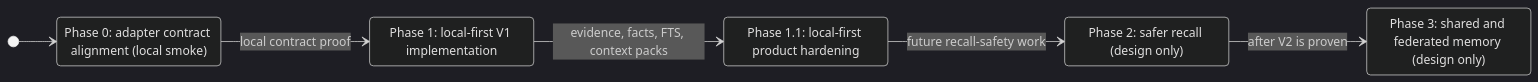
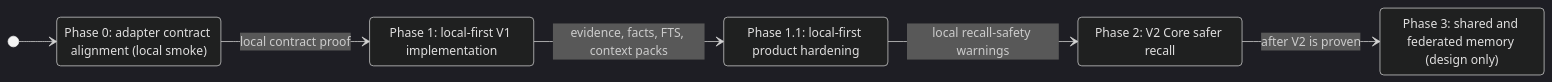
The diagram in apps/docs/src/content/docs/roadmap/v1-v2-roadmap.md (optiflow/agent-memory-os), drawn with Mermaid (dark theme) before and after one commit. The commit also changed other lines of this file and 30 other files, not shown here.

Commit message:
Implement V2 core recall safety

````diff
--- a/apps/docs/src/content/docs/roadmap/v1-v2-roadmap.md
+++ b/apps/docs/src/content/docs/roadmap/v1-v2-roadmap.md
@@ -10,15 +10,15 @@
 ```mermaid
 stateDiagram-v2
   direction LR
   state "Phase 0: adapter contract alignment (local smoke)" as P0
   state "Phase 1: local-first V1 implementation" as V1
   state "Phase 1.1: local-first product hardening" as V11
-  state "Phase 2: safer recall (design only)" as V2
+  state "Phase 2: V2 Core safer recall" as V2
   state "Phase 3: shared and federated memory (design only)" as V3
 
   [*] --> P0
   P0 --> V1: local contract proof
   V1 --> V11: evidence, facts, FTS, context packs
-  V11 --> V2: future recall-safety work
+  V11 --> V2: local recall-safety warnings
   V2 --> V3: after V2 is proven
 ```
````
